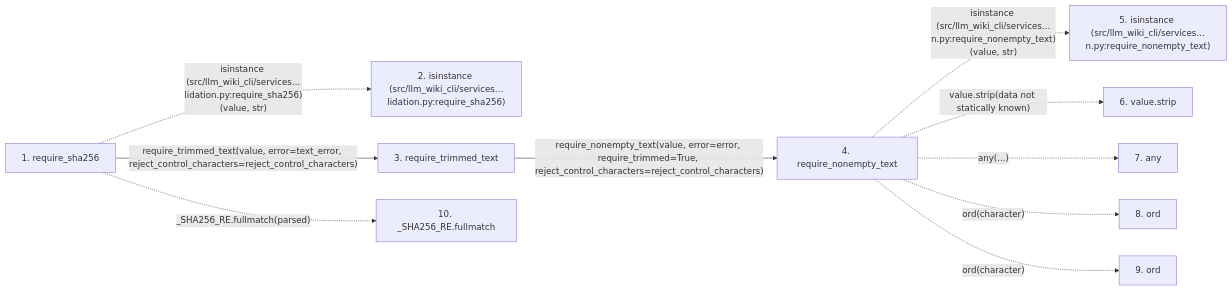
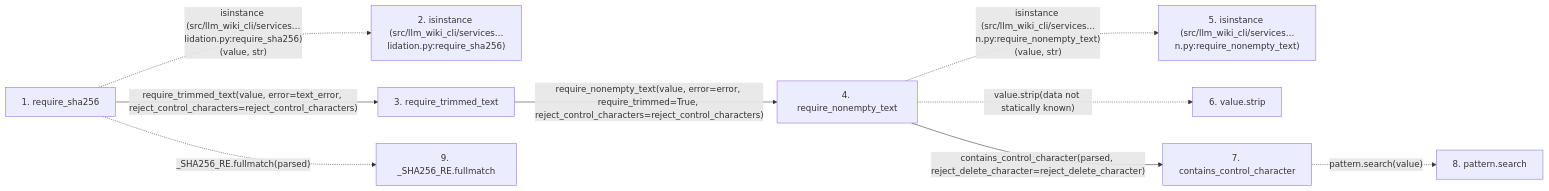
Before and after one commit to Denissvgn/python-wiki-llm: the second of 2 diagrams in docs/llm_wiki/flows/api-require_sha256.md, drawn with Mermaid. The commit also changed other lines of this file and 865 other files, not shown here.

````diff
--- a/docs/llm_wiki/flows/api-require_sha256.md
+++ b/docs/llm_wiki/flows/api-require_sha256.md
@@ -35,25 +34,24 @@
 ```mermaid
 flowchart LR
     s1["1. require_sha256"]
     s2["2. isinstance (src/llm_wiki_cli/services…lidation.py:require_sha256)"]
     s3["3. require_trimmed_text"]
     s4["4. require_nonempty_text"]
     s5["5. isinstance (src/llm_wiki_cli/services…n.py:require_nonempty_text)"]
     s6["6. value.strip"]
-    s7["7. any"]
-    s8["8. ord"]
-    s9["9. ord"]
-    s10["10. _SHA256_RE.fullmatch"]
+    s7["7. contains_control_character"]
+    s8["8. pattern.search"]
+    s9["9. _SHA256_RE.fullmatch"]
     s1 -. "isinstance (src/llm_wiki_cli/services…lidation.py:require_sha256)(value, str)" .-> s2
     s1 -->|"require_trimmed_text(value, error=text_error, reject_control_characters=reject_control_characters)"| s3
     s3 -->|"require_nonempty_text(value, error=error, require_trimmed=True, reject_control_characters=reject_control_characters)"| s4
     s4 -. "isinstance (src/llm_wiki_cli/services…n.py:require_nonempty_text)(value, str)" .-> s5
     s4 -. "value.strip(data not statically known)" .-> s6
-    s4 -. "any(...)" .-> s7
-    s4 -. "ord(character)" .-> s8
-    s4 -. "ord(character)" .-> s9
-    s1 -. "_SHA256_RE.fullmatch(parsed)" .-> s10
+    s4 -->|"contains_control_character(parsed, reject_delete_character=reject_delete_character)"| s7
+    s7 -. "pattern.search(value)" .-> s8
+    s1 -. "_SHA256_RE.fullmatch(parsed)" .-> s9
     click s1 "../modules/validation.md"
     click s3 "../modules/validation.md"
     click s4 "../modules/validation.md"
+    click s7 "../modules/validation.md"
 ```
````
